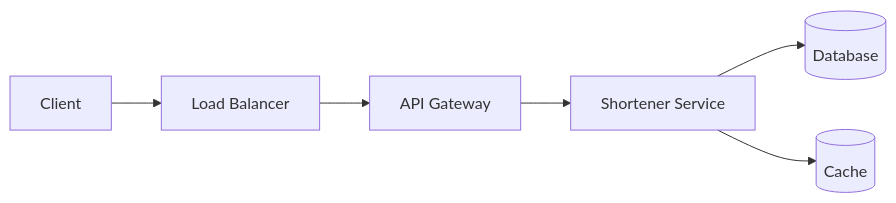
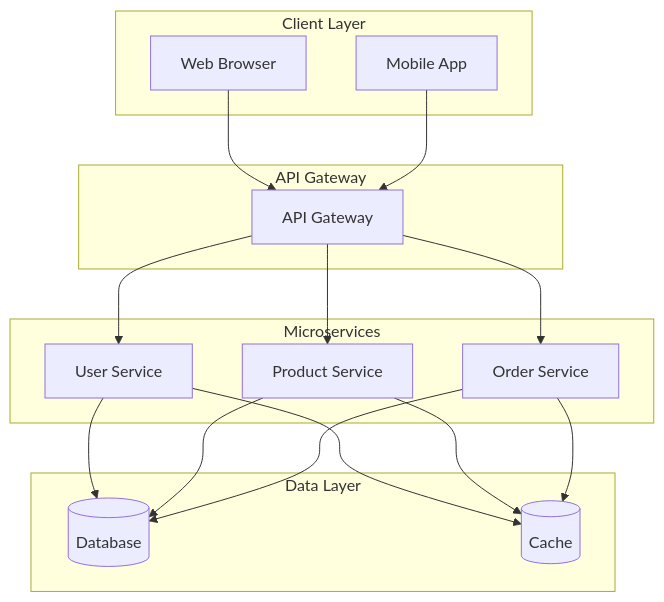
Before and after one commit to VrushankPatel/interview-matters: the second of 2 diagrams in lld-hld-basics/README.md, drawn with Mermaid. The commit also changed other lines of this file and 2 other files, not shown here.

````diff
--- a/lld-hld-basics/README.md
+++ b/lld-hld-basics/README.md
@@ -67,8 +88,30 @@
 ```mermaid
-graph LR
-    Client --> LB[Load Balancer]
-    LB --> AG[API Gateway]
-    AG --> S[Shortener Service]
-    S --> DB[(Database)]
-    S --> C[(Cache)]
+graph TB
+    subgraph "Client Layer"
+        A[Web Browser]
+        B[Mobile App]
+    end
+    subgraph "API Gateway"
+        C[API Gateway]
+    end
+    subgraph "Microservices"
+        D[User Service]
+        E[Product Service]
+        F[Order Service]
+    end
+    subgraph "Data Layer"
+        G[(Database)]
+        H[(Cache)]
+    end
+    A --> C
+    B --> C
+    C --> D
+    C --> E
+    C --> F
+    D --> G
+    E --> G
+    F --> G
+    D --> H
+    E --> H
+    F --> H
 ```
````
